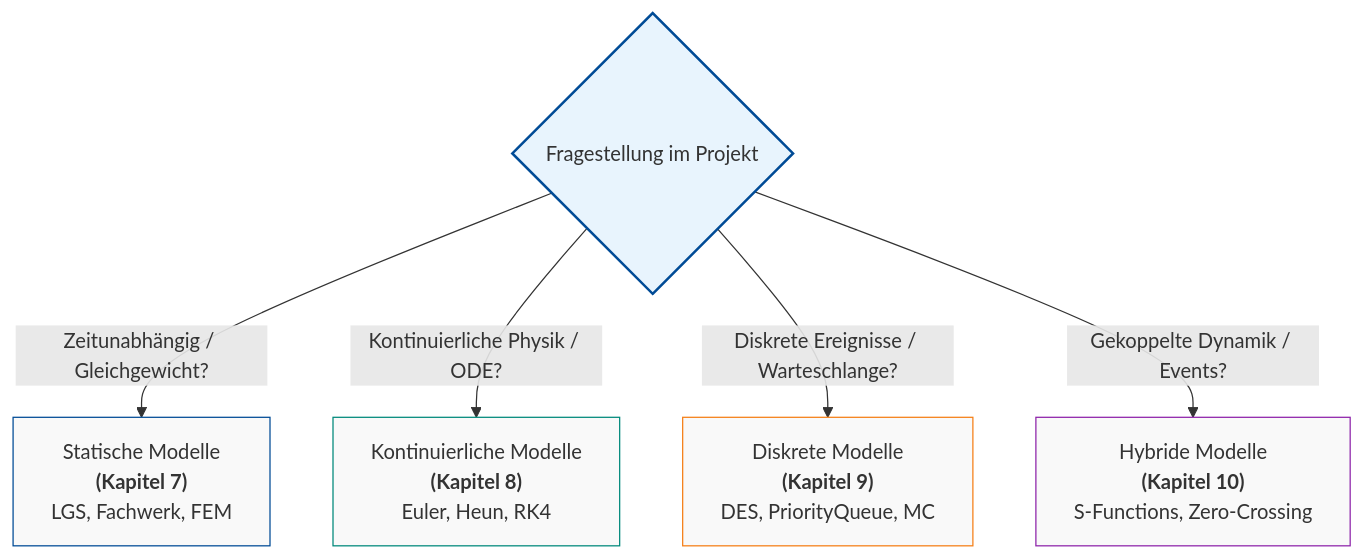
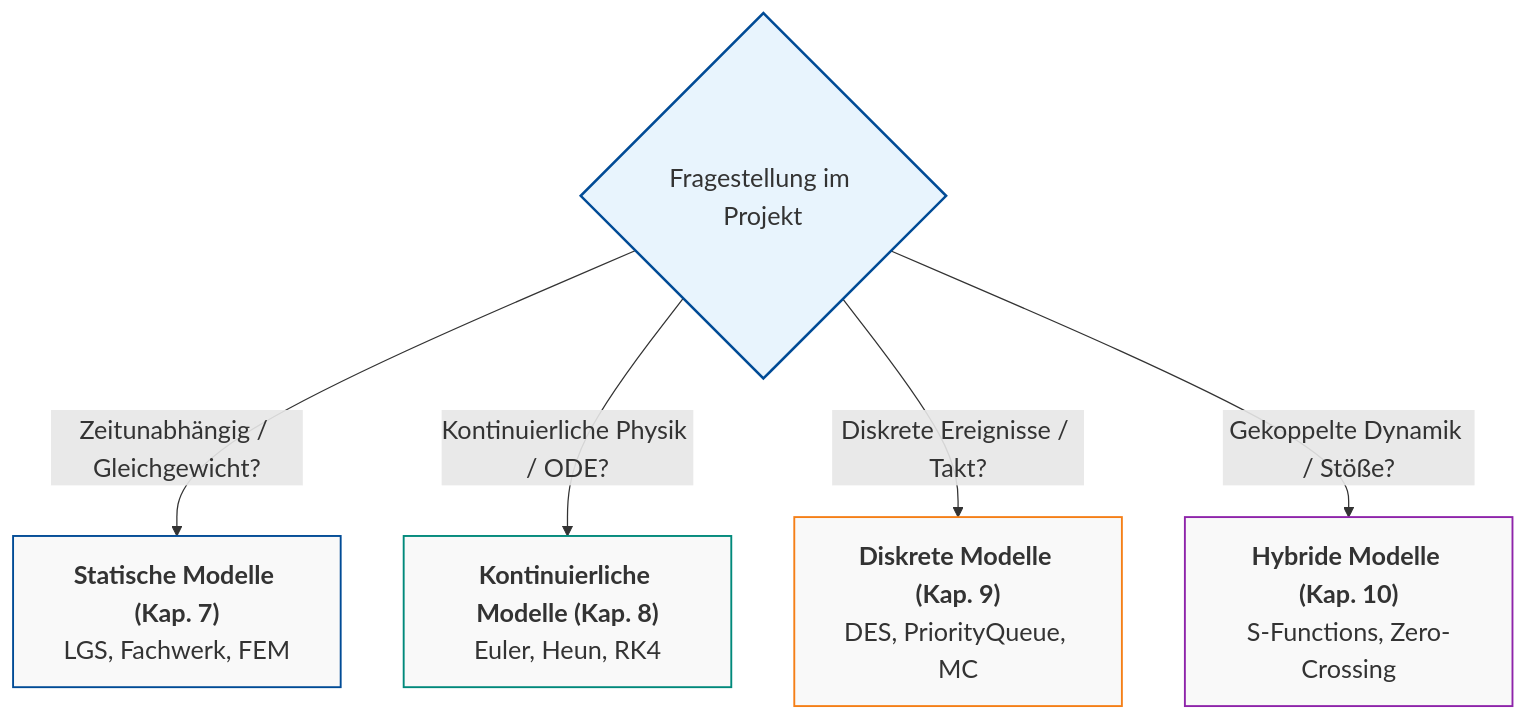
Before and after one commit to ghackenberg/kurs-computer-simulation: the diagram in Folien/11_Epilog/Diagramme/Entscheidungsbaum_Modellarten.mmd, drawn with Mermaid. The commit also changed 88 other files, not shown here.

```diff
--- a/Folien/11_Epilog/Diagramme/Entscheidungsbaum_Modellarten.mmd
+++ b/Folien/11_Epilog/Diagramme/Entscheidungsbaum_Modellarten.mmd
@@ -1,12 +1,13 @@
+%%{init: {'themeVariables': {'fontSize': '20px'}}}%%
 flowchart TD
     Q{"Fragestellung im Projekt"}
-    Q -->|"Zeitunabhängig / Gleichgewicht?"| M1["Statische Modelle<br/><b>(Kapitel 7)</b><br/>LGS, Fachwerk, FEM"]
-    Q -->|"Kontinuierliche Physik / ODE?"| M2["Kontinuierliche Modelle<br/><b>(Kapitel 8)</b><br/>Euler, Heun, RK4"]
-    Q -->|"Diskrete Ereignisse / Warteschlange?"| M3["Diskrete Modelle<br/><b>(Kapitel 9)</b><br/>DES, PriorityQueue, MC"]
-    Q -->|"Gekoppelte Dynamik / Events?"| M4["Hybride Modelle<br/><b>(Kapitel 10)</b><br/>S-Functions, Zero-Crossing"]
+    Q -->|"Zeitunabhängig / Gleichgewicht?"| M1["<b>Statische Modelle (Kap. 7)</b><br/>LGS, Fachwerk, FEM"]
+    Q -->|"Kontinuierliche Physik / ODE?"| M2["<b>Kontinuierliche Modelle (Kap. 8)</b><br/>Euler, Heun, RK4"]
+    Q -->|"Diskrete Ereignisse / Takt?"| M3["<b>Diskrete Modelle (Kap. 9)</b><br/>DES, PriorityQueue, MC"]
+    Q -->|"Gekoppelte Dynamik / Stöße?"| M4["<b>Hybride Modelle (Kap. 10)</b><br/>S-Functions, Zero-Crossing"]
 
     style Q fill:#e8f4fd,stroke:#004B96,stroke-width:2px
-    style M1 fill:#f9f9f9,stroke:#004B96,stroke-width:1px
-    style M2 fill:#f9f9f9,stroke:#00897b,stroke-width:1px
-    style M3 fill:#f9f9f9,stroke:#f57f17,stroke-width:1px
-    style M4 fill:#f9f9f9,stroke:#8e24aa,stroke-width:1px
+    style M1 fill:#f9f9f9,stroke:#004B96,stroke-width:1.5px
+    style M2 fill:#f9f9f9,stroke:#00897b,stroke-width:1.5px
+    style M3 fill:#f9f9f9,stroke:#f57f17,stroke-width:1.5px
+    style M4 fill:#f9f9f9,stroke:#8e24aa,stroke-width:1.5px
```
